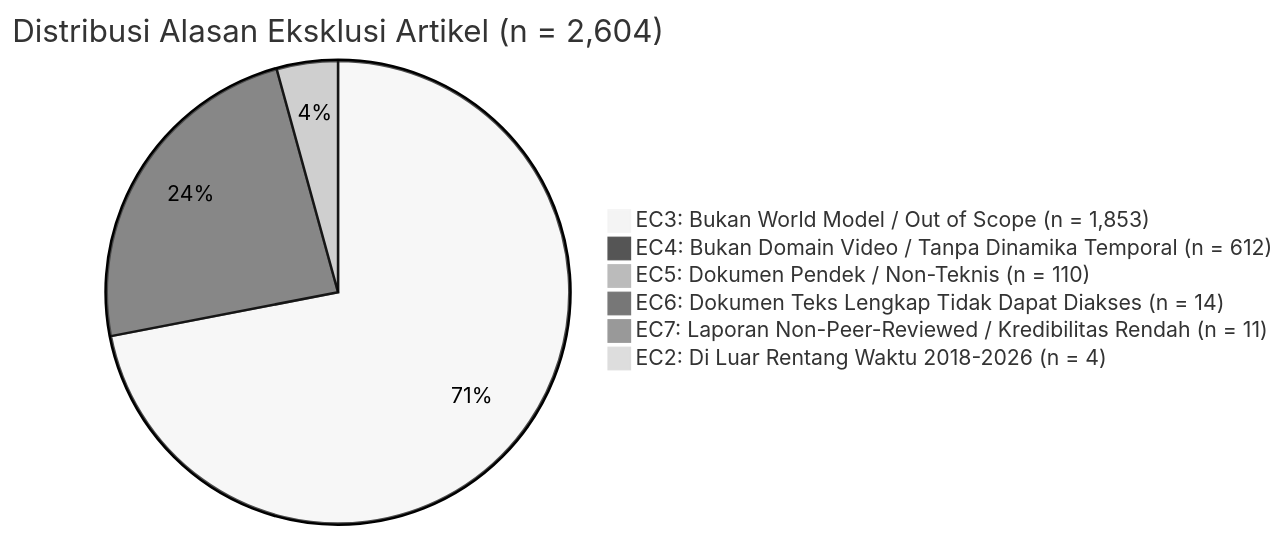
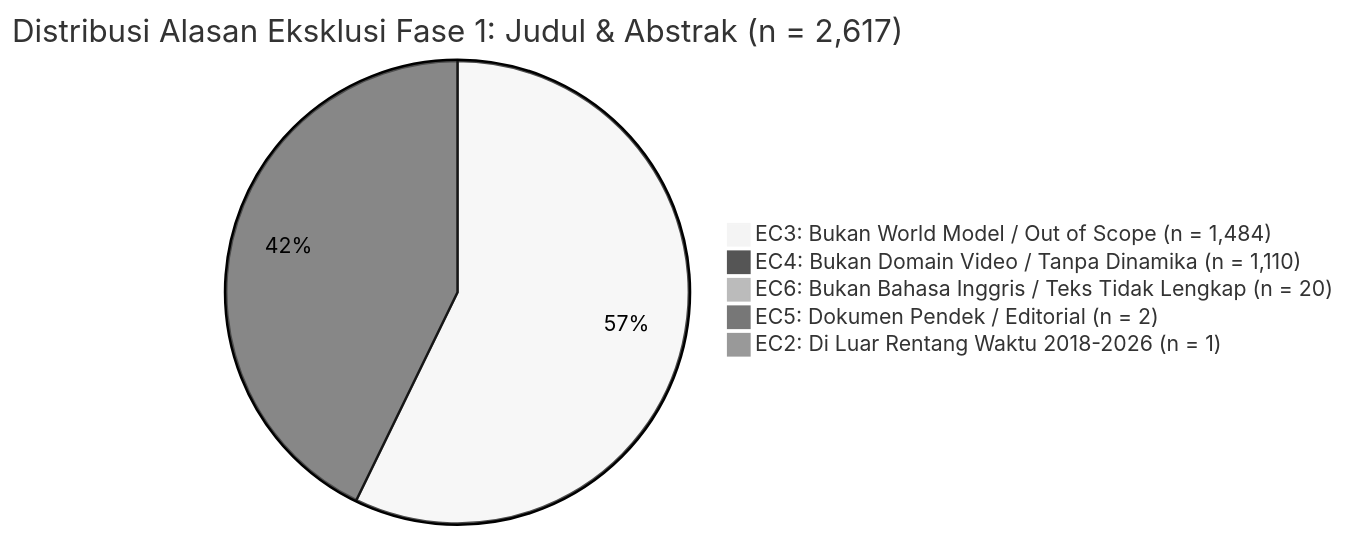
The second of 2 diagrams in 03_SCREENING_DAN_SELEKSI.md (aryarefman/penulisan-ilmiah), drawn with Mermaid (neutral theme) before and after one commit. The commit also changed other lines of this file and 18 other files, not shown here.

````diff
--- a/03_SCREENING_DAN_SELEKSI.md
+++ b/03_SCREENING_DAN_SELEKSI.md
@@ -79,9 +82,8 @@
 ```mermaid
-pie title Distribusi Alasan Eksklusi Artikel (n = 2,604)
-    "EC3: Bukan World Model / Out of Scope (n = 1,853)" : 1853
-    "EC4: Bukan Domain Video / Tanpa Dinamika Temporal (n = 612)" : 612
-    "EC5: Dokumen Pendek / Non-Teknis (n = 110)" : 110
-    "EC6: Dokumen Teks Lengkap Tidak Dapat Diakses (n = 14)" : 14
-    "EC7: Laporan Non-Peer-Reviewed / Kredibilitas Rendah (n = 11)" : 11
-    "EC2: Di Luar Rentang Waktu 2018-2026 (n = 4)" : 4
+pie title Distribusi Alasan Eksklusi Fase 1: Judul & Abstrak (n = 2,617)
+    "EC3: Bukan World Model / Out of Scope (n = 1,484)" : 1484
+    "EC4: Bukan Domain Video / Tanpa Dinamika (n = 1,110)" : 1110
+    "EC6: Bukan Bahasa Inggris / Teks Tidak Lengkap (n = 20)" : 20
+    "EC5: Dokumen Pendek / Editorial (n = 2)" : 2
+    "EC2: Di Luar Rentang Waktu 2018-2026 (n = 1)" : 1
 ```
````
